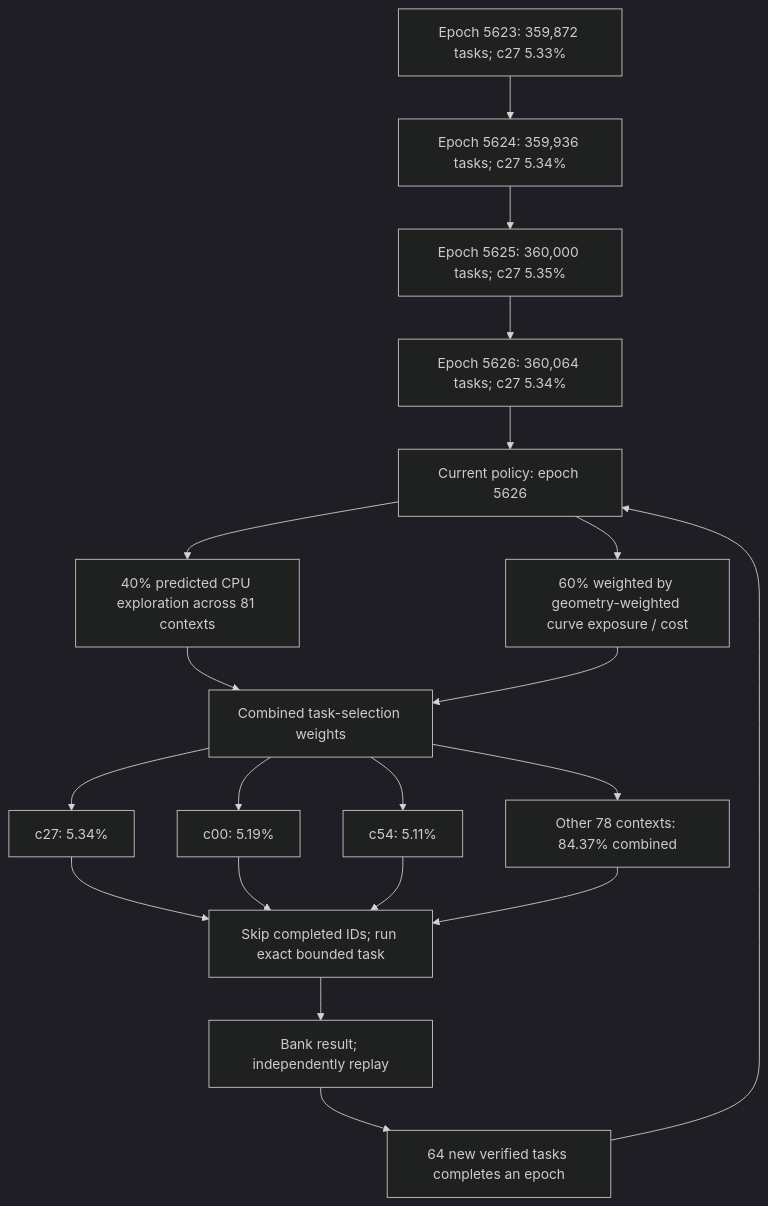
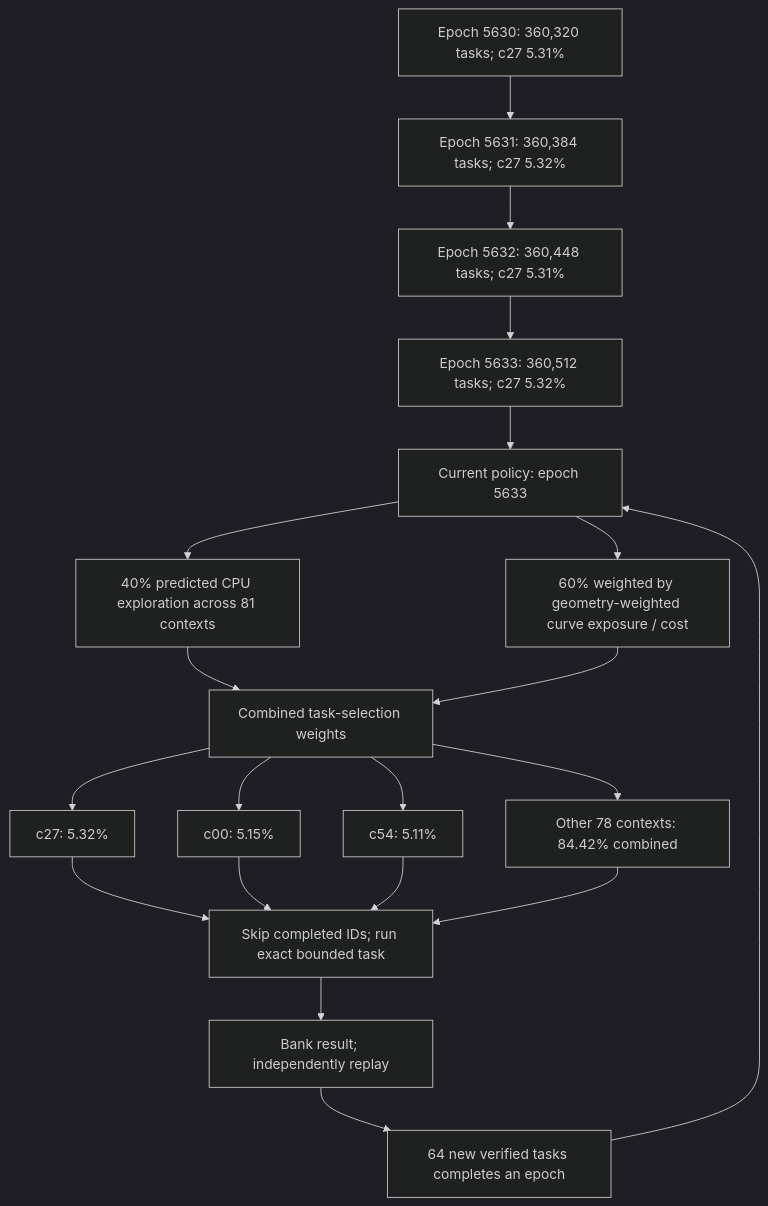
The first of 3 diagrams in README.md (Kuberwastaken/math-gambling), drawn with Mermaid (dark theme) before and after one commit. The commit also changed other lines of this file and 1306 other files, not shown here.

````diff
--- a/README.md
+++ b/README.md
@@ -60,27 +60,27 @@
 ```mermaid
 flowchart TD
-    H0["Epoch 5623: 359,872 tasks; c27 5.33%"]
-    H1["Epoch 5624: 359,936 tasks; c27 5.34%"]
+    H0["Epoch 5630: 360,320 tasks; c27 5.31%"]
+    H1["Epoch 5631: 360,384 tasks; c27 5.32%"]
     H0 --> H1
-    H2["Epoch 5625: 360,000 tasks; c27 5.35%"]
+    H2["Epoch 5632: 360,448 tasks; c27 5.31%"]
     H1 --> H2
-    H3["Epoch 5626: 360,064 tasks; c27 5.34%"]
+    H3["Epoch 5633: 360,512 tasks; c27 5.32%"]
     H2 --> H3
-    Policy["Current policy: epoch 5626"]
+    Policy["Current policy: epoch 5633"]
     H3 --> Policy
     Policy --> Explore["40% predicted CPU exploration across 81 contexts"]
     Policy --> Cost["60% weighted by geometry-weighted curve exposure / cost"]
     Explore --> Mix["Combined task-selection weights"]
     Cost --> Mix
-    Mix --> C0["c27: 5.34%"]
-    Mix --> C1["c00: 5.19%"]
+    Mix --> C0["c27: 5.32%"]
+    Mix --> C1["c00: 5.15%"]
     Mix --> C2["c54: 5.11%"]
-    Mix --> Rest["Other 78 contexts: 84.37% combined"]
+    Mix --> Rest["Other 78 contexts: 84.42% combined"]
     C0 --> Check["Skip completed IDs; run exact bounded task"]
     C1 --> Check
     C2 --> Check
     Rest --> Check
     Check --> Replay["Bank result; independently replay"]
     Replay --> Gate["64 new verified tasks completes an epoch"]
     Gate --> Policy
 ```
````
